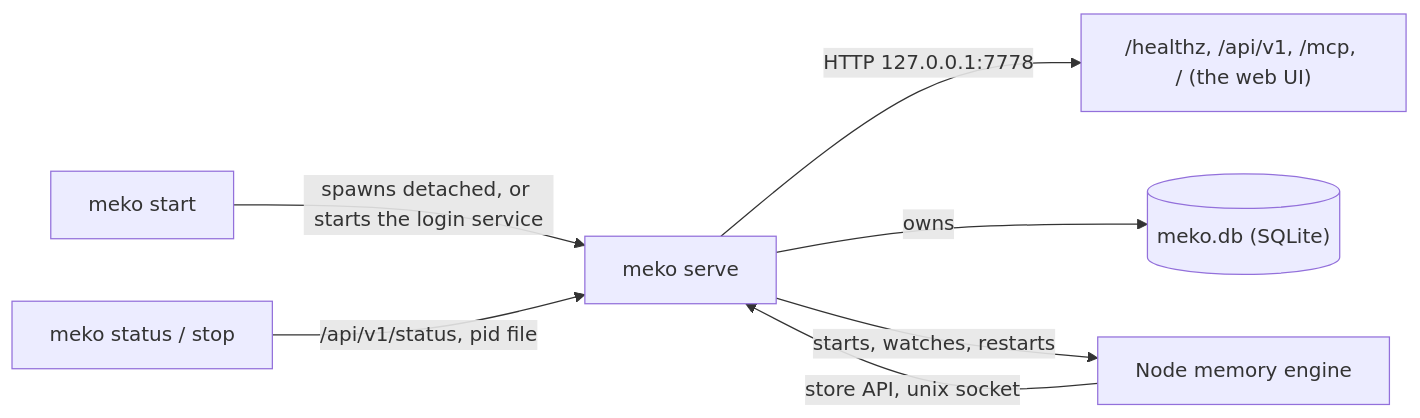
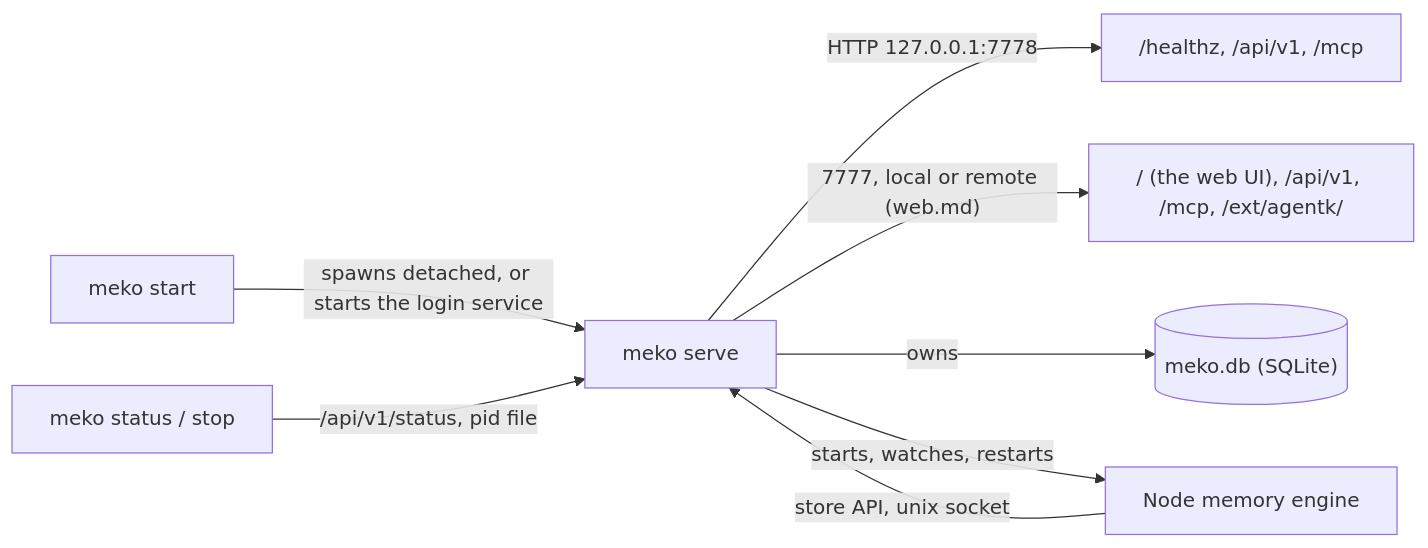
Before and after one commit to yugabyte/meko: the diagram in backend/docs/design.md, drawn with Mermaid. The commit also changed other lines of this file and 64 other files, not shown here.

First line of the commit message:
feat(meko): serve the web UI and extensions on one port with a login

````diff
--- a/backend/docs/design.md
+++ b/backend/docs/design.md
@@ -27,9 +28,10 @@
 ```mermaid
 flowchart LR
   cli["meko start"] -->|"spawns detached, or starts the login service"| serve["meko serve"]
-  serve -->|"HTTP 127.0.0.1:7778"| api["/healthz, /api/v1, /mcp, / (the web UI)"]
+  serve -->|"HTTP 127.0.0.1:7778"| api["/healthz, /api/v1, /mcp"]
+  serve -->|"7777, local or remote (web.md)"| web["/ (the web UI), /api/v1, /mcp, /ext/agentk/"]
   serve -->|"owns"| db[("meko.db (SQLite)")]
   serve -->|"starts, watches, restarts"| memory_engine["Node memory engine"]
   memory_engine -->|"store API, unix socket"| serve
   status["meko status / stop"] -->|"/api/v1/status, pid file"| serve
 ```
````
